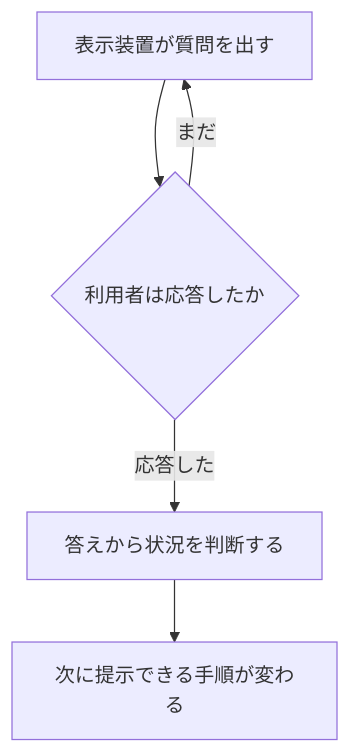
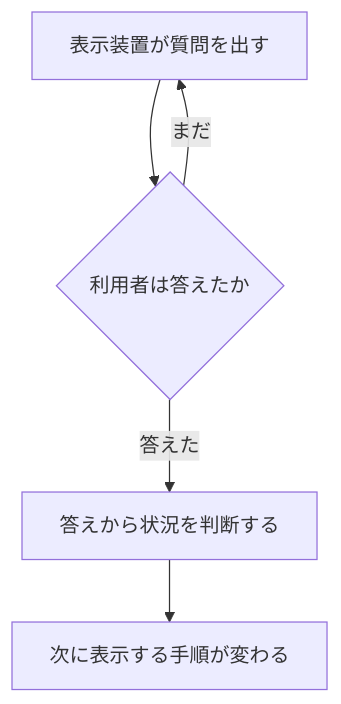
One commit to shuji-bonji/zenn-articles changed the diagram in books/ietm-overview/what-is-ietm.md. Above: the diagram before and after it, drawn with Mermaid. The commit also changed other lines of this file, not shown here.

````diff
--- a/books/ietm-overview/what-is-ietm.md
+++ b/books/ietm-overview/what-is-ietm.md
@@ -31,7 +39,7 @@
 ```mermaid
 flowchart TB
-  Q["表示装置が質問を出す"] --> W{"利用者は応答したか"}
+  Q["表示装置が質問を出す"] --> W{"利用者は答えたか"}
   W -->|まだ| Q
-  W -->|応答した| J["答えから状況を判断する"]
-  J --> N["次に提示できる手順が変わる"]
+  W -->|答えた| J["答えから状況を判断する"]
+  J --> N["次に表示する手順が変わる"]
 ```
````
